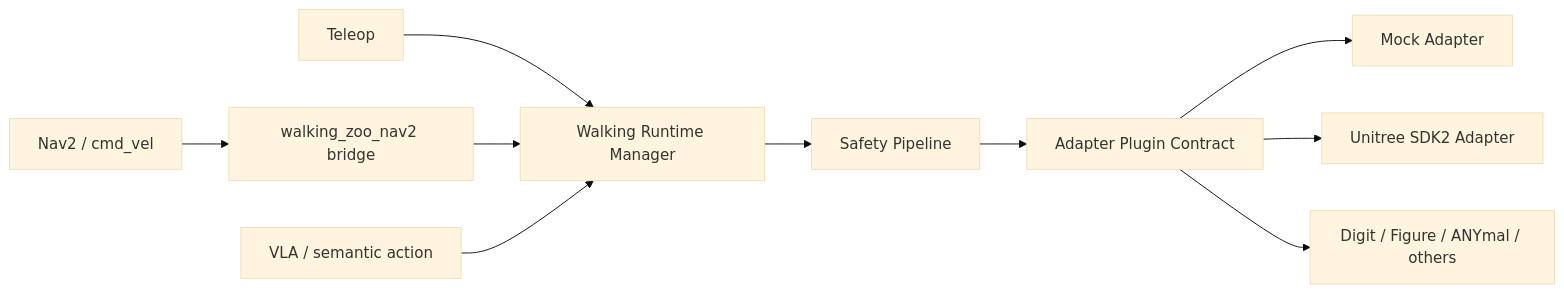
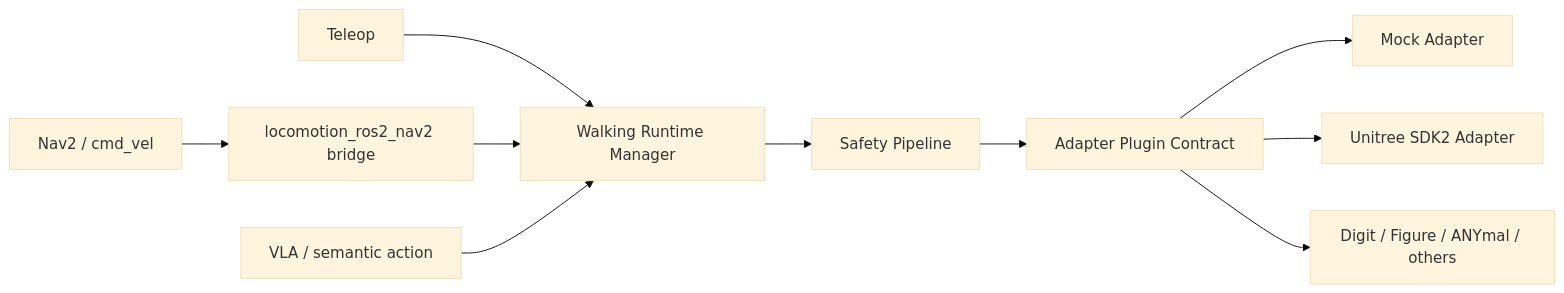
One commit to rsasaki0109/walking_zoo changed the diagram in README.md. Above: the diagram before and after it, drawn with Mermaid (base theme). The commit also changed other lines of this file and 431 other files, not shown here.

First line of the commit message:
Rename project walking_zoo -> locomotion_ros2

````diff
--- a/README.md
+++ b/README.md
@@ -72,11 +72,11 @@
 ```mermaid
 flowchart LR
   Teleop[Teleop] --> Runtime
-  Nav2[Nav2 / cmd_vel] --> Bridge[walking_zoo_nav2 bridge] --> Runtime
+  Nav2[Nav2 / cmd_vel] --> Bridge[locomotion_ros2_nav2 bridge] --> Runtime
   VLA[VLA / semantic action] --> Runtime
   Runtime[Walking Runtime Manager] --> Safety[Safety Pipeline]
   Safety --> Adapter[Adapter Plugin Contract]
   Adapter --> Mock[Mock Adapter]
   Adapter --> Unitree[Unitree SDK2 Adapter]
   Adapter --> Future[Digit / Figure / ANYmal / others]
 ```
````
